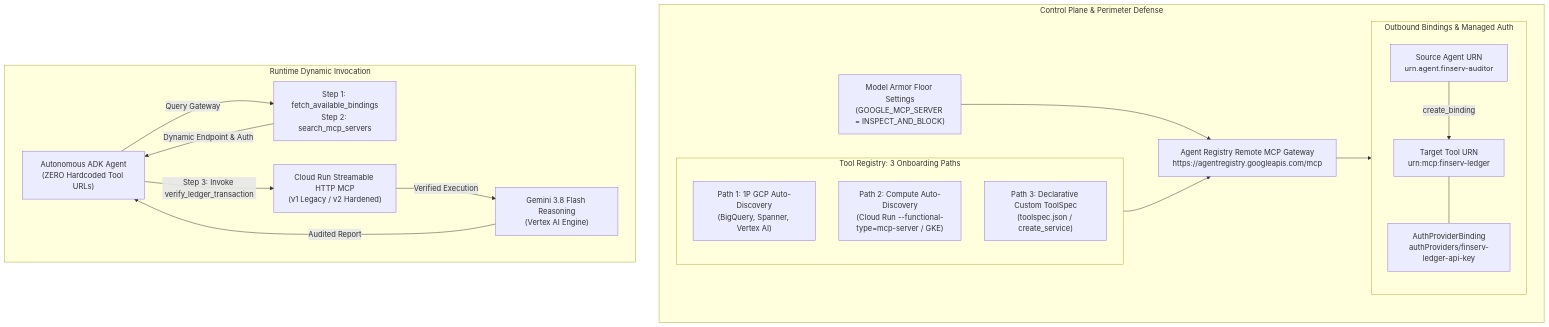
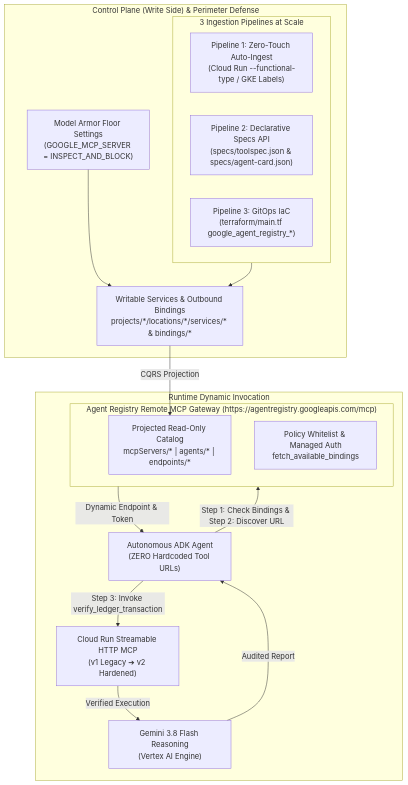
Before and after one commit to arobinson12/advent-of-agents-s3-day19-mcp-governance: the diagram in README.md, drawn with Mermaid. The commit also changed other lines of this file and 11 other files, not shown here.

Commit message:
feat(day19): CQRS data model, 3 onboarding pipelines, simulated human typing & governance HUD

````diff
--- a/README.md
+++ b/README.md
@@ -21,39 +24,33 @@
 ```mermaid
 graph TD
-    subgraph CP["Control Plane & Perimeter Defense"]
+    subgraph CP["Control Plane (Write Side) & Perimeter Defense"]
         MA["Model Armor Floor Settings<br/>(GOOGLE_MCP_SERVER = INSPECT_AND_BLOCK)"]
         
-        subgraph TR["Tool Registry: 3 Onboarding Paths"]
-            P1["Path 1: 1P GCP Auto-Discovery<br/>(BigQuery, Spanner, Vertex AI)"]
-            P2["Path 2: Compute Auto-Discovery<br/>(Cloud Run --functional-type=mcp-server / GKE)"]
-            P3["Path 3: Declarative Custom ToolSpec<br/>(toolspec.json / create_service)"]
+        subgraph IP["3 Ingestion Pipelines at Scale"]
+            P1["Pipeline 1: Zero-Touch Auto-Ingest<br/>(Cloud Run --functional-type / GKE Labels)"]
+            P2["Pipeline 2: Declarative Specs API<br/>(specs/toolspec.json & specs/agent-card.json)"]
+            P3["Pipeline 3: GitOps IaC<br/>(terraform/main.tf google_agent_registry_*)"]
         end
         
-        REG["Agent Registry Remote MCP Gateway<br/>https://agentregistry.googleapis.com/mcp"]
-        
-        subgraph OB["Outbound Bindings & Managed Auth"]
-            SRC["Source Agent URN<br/>urn:agent:finserv-auditor"]
-            TGT["Target Tool URN<br/>urn:mcp:finserv-ledger"]
-            AP["AuthProviderBinding<br/>authProviders/finserv-ledger-api-key"]
-            SRC -->|create_binding| TGT
-            TGT --- AP
-        end
-        
-        MA --> REG
-        TR --> REG
-        REG --> OB
+        SVC["Writable Services & Outbound Bindings<br/>projects/*/locations/*/services/* & bindings/*"]
+        IP --> SVC
+        MA --> SVC
+    end
+
+    subgraph CQRS["Agent Registry Remote MCP Gateway (https://agentregistry.googleapis.com/mcp)"]
+        SVC -->|CQRS Projection| CAT["Projected Read-Only Catalog<br/>mcpServers/* | agents/* | endpoints/*"]
+        BIND["Policy Whitelist & Managed Auth<br/>fetch_available_bindings"]
     end
 
     subgraph RUN["Runtime Dynamic Invocation"]
         ADK["Autonomous ADK Agent<br/>(ZERO Hardcoded Tool URLs)"]
-        REG_LOOKUP["Step 1: fetch_available_bindings<br/>Step 2: search_mcp_servers"]
-        CR["Cloud Run Streamable HTTP MCP<br/>(v1 Legacy / v2 Hardened)"]
+        CR["Cloud Run Streamable HTTP MCP<br/>(v1 Legacy ➔ v2 Hardened)"]
         GEM["Gemini 3.8 Flash Reasoning<br/>(Vertex AI Engine)"]
         
-        ADK -->|Query Gateway| REG_LOOKUP
-        REG_LOOKUP -->|Dynamic Endpoint & Auth| ADK
+        ADK -->|Step 1: Check Bindings & Step 2: Discover URL| CQRS
+        CQRS -->|Dynamic Endpoint & Token| ADK
         ADK -->|Step 3: Invoke verify_ledger_transaction| CR
         CR -->|Verified Execution| GEM
         GEM -->|Audited Report| ADK
     end
 ```
````
